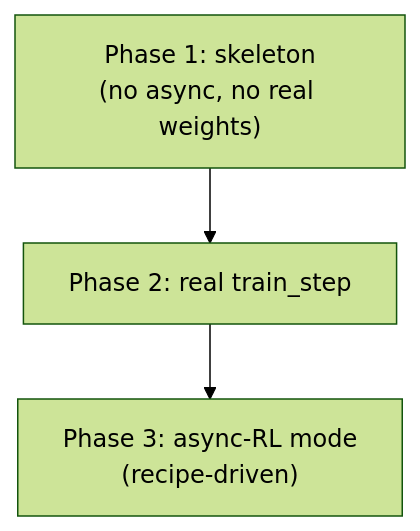
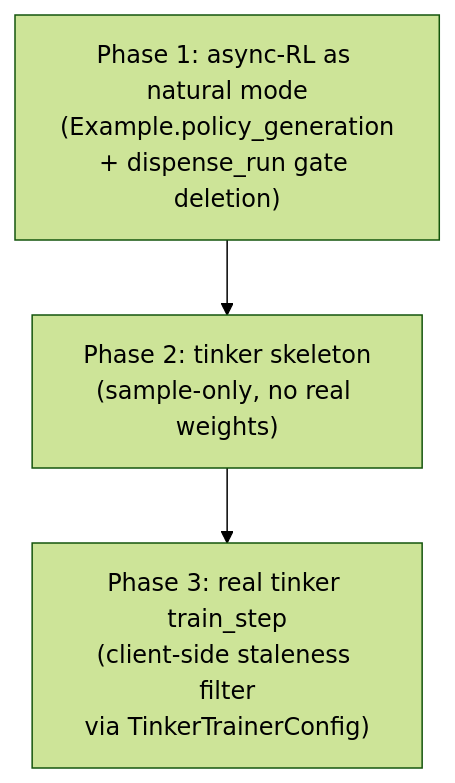
The third of 3 diagrams in .agents/skills/dev/references/tinker-trainer.md (wsxiaoys/ollie-rl), drawn with Mermaid (forest theme) before and after one commit. The commit also changed other lines of this file and 1 other file, not shown here.

Commit message:
docs: update planning documents for Tinker Trainer integration and async RL support

````diff
--- a/.agents/skills/dev/references/tinker-trainer.md
+++ b/.agents/skills/dev/references/tinker-trainer.md
@@ -599,6 +673,6 @@
 ```mermaid
 flowchart TB
-    P1["Phase 1: skeleton<br/>(no async, no real weights)"] --> P2
-    P2["Phase 2: real train_step"] --> P3
-    P3["Phase 3: async-RL mode<br/>(recipe-driven)"]
+    P1["Phase 1: async-RL as natural mode<br/>(Example.policy_generation<br/>+ dispense_run gate deletion)"] --> P2
+    P2["Phase 2: tinker skeleton<br/>(sample-only, no real weights)"] --> P3
+    P3["Phase 3: real tinker train_step<br/>(client-side staleness filter<br/>via TinkerTrainerConfig)"]
 ```
````
